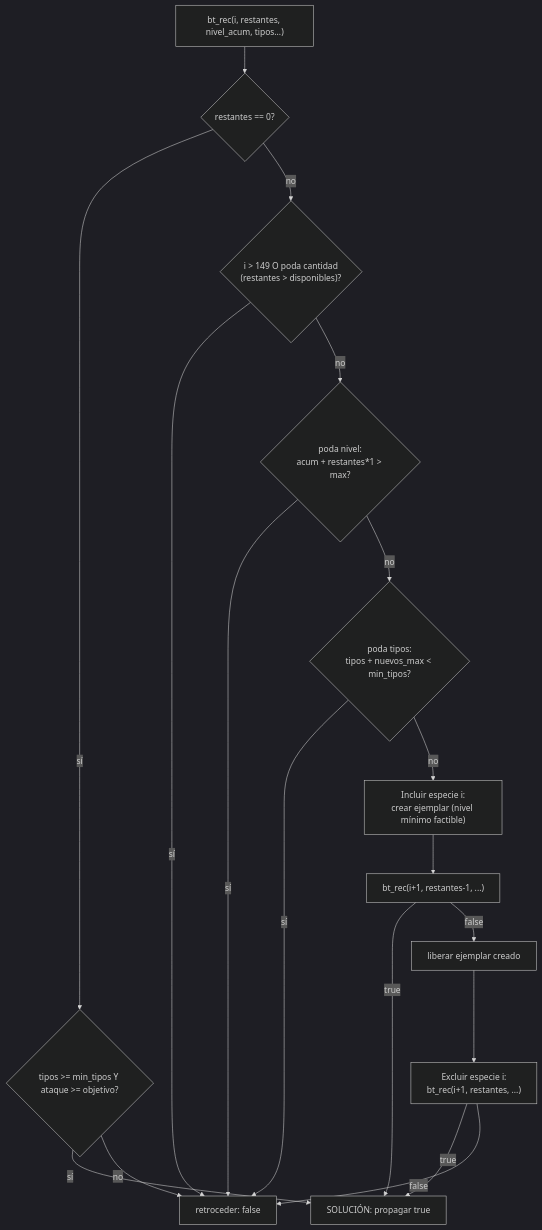
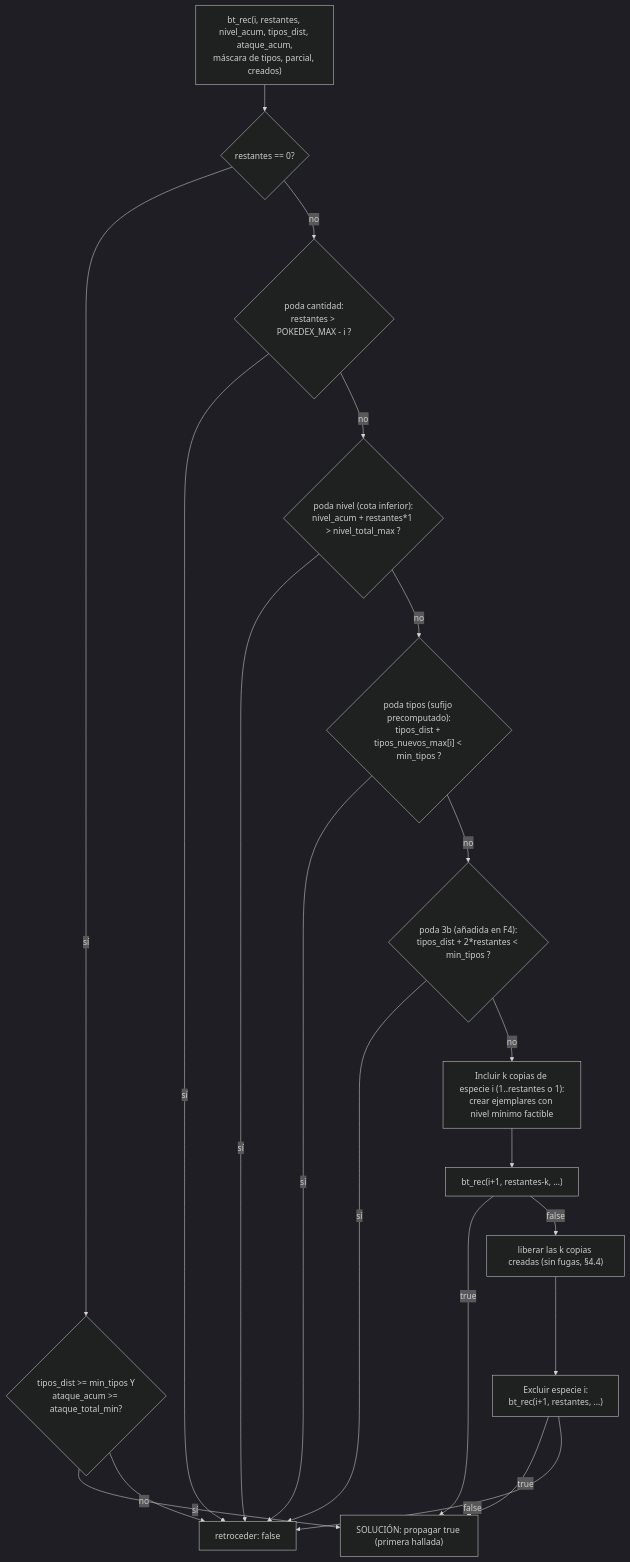
Before and after one commit to jmxsdev/gran-torneo-pokemon: the third of 6 diagrams in docs/informe-tecnico.md, drawn with Mermaid (dark theme). The commit also changed other lines of this file and 1 other file, not shown here.

Commit message:
docs: completar informe técnico final con decisiones D1-D10 y diagramas Mermaid (DOC-03)

````diff
--- a/docs/informe-tecnico.md
+++ b/docs/informe-tecnico.md
@@ -96,20 +110,22 @@
 ```mermaid
 flowchart TD
-    A["bt_rec(i, restantes, nivel_acum, tipos...)"] --> B{"restantes == 0?"}
-    B -- "sí" --> C{"tipos >= min_tipos Y ataque >= objetivo?"}
-    C -- "sí" --> D["SOLUCIÓN: propagar true"]
+    A["bt_rec(i, restantes, nivel_acum, tipos_dist, ataque_acum,\nmáscara de tipos, parcial, creados)"] --> B{"restantes == 0?"}
+    B -- "sí" --> C{"tipos_dist >= min_tipos Y\nataque_acum >= ataque_total_min?"}
+    C -- "sí" --> D["SOLUCIÓN: propagar true (primera hallada)"]
     C -- "no" --> E["retroceder: false"]
-    B -- "no" --> F{"i > 149 O poda cantidad\n(restantes > disponibles)?"}
+    B -- "no" --> F{"poda cantidad:\nrestantes > POKEDEX_MAX - i ?"}
     F -- "sí" --> E
-    F -- "no" --> G{"poda nivel:\nacum + restantes*1 > max?"}
+    F -- "no" --> G{"poda nivel (cota inferior):\nnivel_acum + restantes*1 > nivel_total_max ?"}
     G -- "sí" --> E
-    G -- "no" --> H{"poda tipos:\ntipos + nuevos_max < min_tipos?"}
+    G -- "no" --> H{"poda tipos (sufijo precomputado):\ntipos_dist + tipos_nuevos_max[i] < min_tipos ?"}
     H -- "sí" --> E
-    H -- "no" --> I["Incluir especie i:\ncrear ejemplar (nivel mínimo factible)"]
-    I --> J["bt_rec(i+1, restantes-1, ...)"]
-    J -- "true" --> D
-    J -- "false" --> K["liberar ejemplar creado"]
-    K --> L["Excluir especie i:\nbt_rec(i+1, restantes, ...)"]
-    L -- "true" --> D
-    L -- "false" --> E
+    H -- "no" --> I{"poda 3b (añadida en F4):\ntipos_dist + 2*restantes < min_tipos ?"}
+    I -- "sí" --> E
+    I -- "no" --> J["Incluir k copias de especie i (1..restantes o 1):\ncrear ejemplares con nivel mínimo factible"]
+    J --> K["bt_rec(i+1, restantes-k, ...)"]
+    K -- "true" --> D
+    K -- "false" --> L["liberar las k copias creadas (sin fugas, §4.4)"]
+    L --> M["Excluir especie i:\nbt_rec(i+1, restantes, ...)"]
+    M -- "true" --> D
+    M -- "false" --> E
 ```
````
